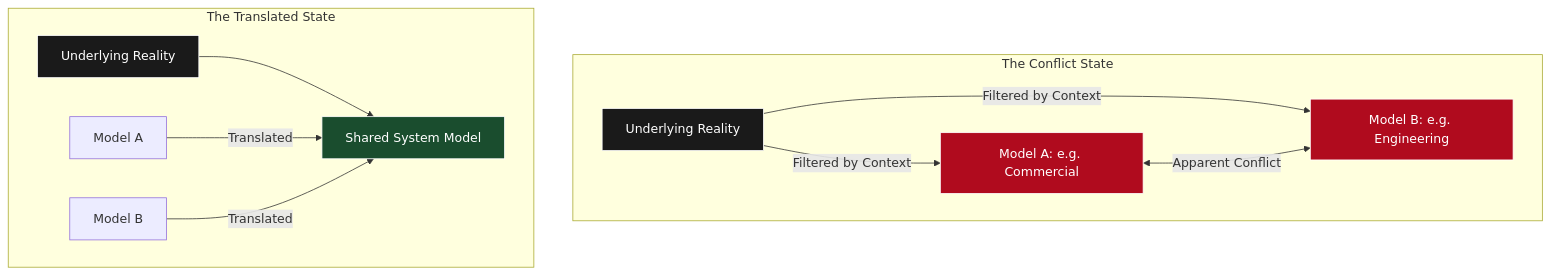
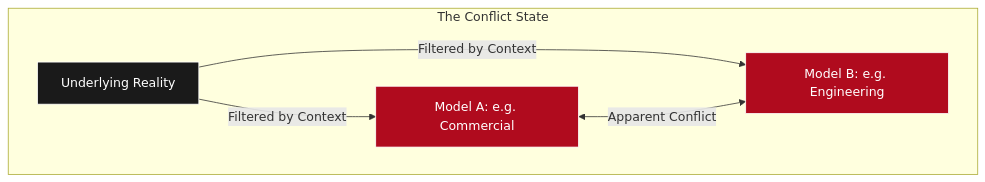
Before and after one commit to Shelbournator/thoughts: the first of 2 diagrams in _posts/2026-04-01-alignment-without-control.md, drawn with Mermaid.

````diff
--- a/_posts/2026-04-01-alignment-without-control.md
+++ b/_posts/2026-04-01-alignment-without-control.md
@@ -52,20 +52,12 @@
 ```mermaid
 graph TD
     subgraph "The Conflict State"
         R[Underlying Reality] -->|Filtered by Context| M1[Model A: e.g. Commercial]
         R -->|Filtered by Context| M2[Model B: e.g. Engineering]
         M1 <-->|Apparent Conflict| M2
     end
-    
-    subgraph "The Translated State"
-        R2[Underlying Reality] --> SM[Shared System Model]
-        M1_B[Model A] -->|Translated| SM
-        M2_B[Model B] -->|Translated| SM
-    end
-    
+
     style R fill:#1a1a1a,stroke:#fff,color:#fff
-    style R2 fill:#1a1a1a,stroke:#fff,color:#fff
     style M1 fill:#b00b1e,stroke:#fff,color:#fff
     style M2 fill:#b00b1e,stroke:#fff,color:#fff
-    style SM fill:#1a4d2e,stroke:#fff,color:#fff
 ```
````
